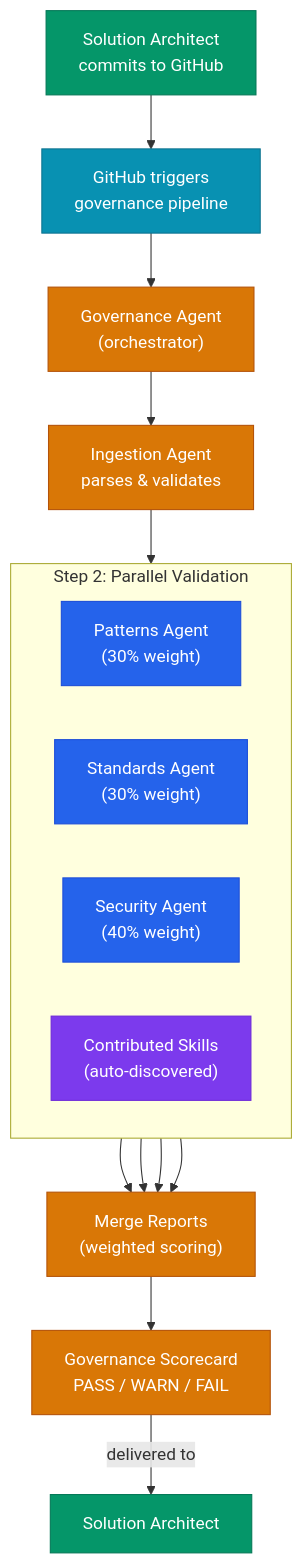
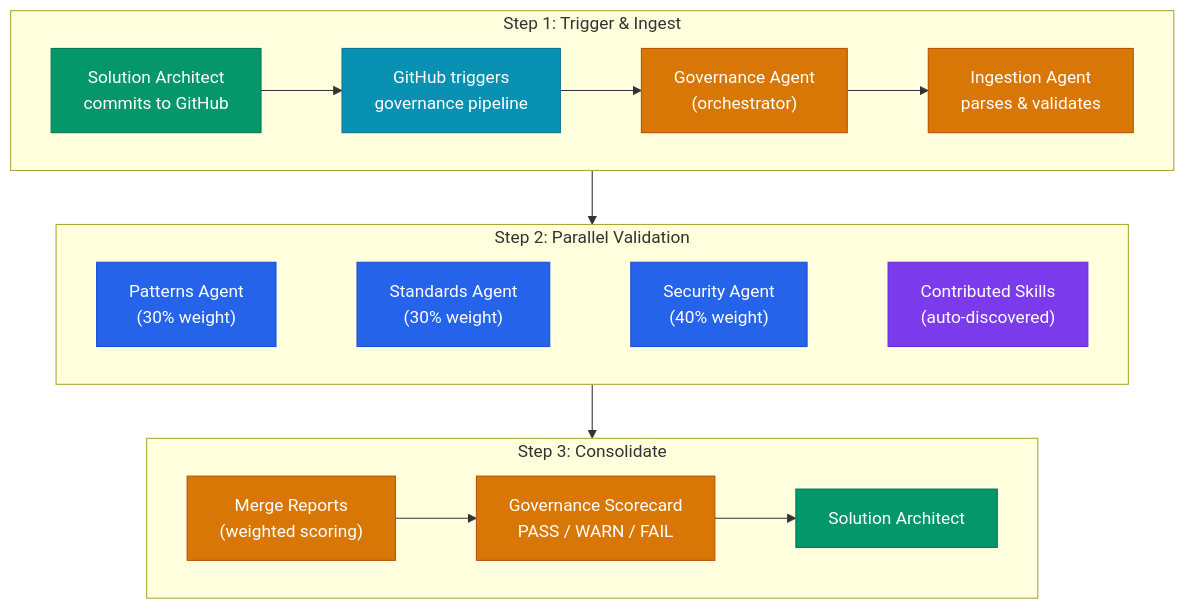
One commit to byrash/architecture-governance changed the fourth of 10 diagrams in docs/lifecycle.md. Above: the diagram before and after it, drawn with Mermaid. The commit also changed other lines of this file, not shown here.

````diff
--- a/docs/lifecycle.md
+++ b/docs/lifecycle.md
@@ -167,28 +164,25 @@
 ```mermaid
 flowchart TB
     classDef arch fill:#059669,color:#fff,stroke:#047857
     classDef infra fill:#0891B2,color:#fff,stroke:#0E7490
     classDef gov fill:#D97706,color:#fff,stroke:#B45309
     classDef agent fill:#2563EB,color:#fff,stroke:#1D4ED8
     classDef skill fill:#7C3AED,color:#fff,stroke:#6D28D9
 
-    A1["Solution Architect<br/>commits to GitHub"]:::arch
-    GH["GitHub triggers<br/>governance pipeline"]:::infra
-    GA["Governance Agent<br/>(orchestrator)"]:::gov
-    IA["Ingestion Agent<br/>parses & validates"]:::gov
+    subgraph trigger ["Step 1: Trigger & Ingest"]
+        direction LR
+        A1["Solution Architect<br/>commits to GitHub"]:::arch --> GH["GitHub triggers<br/>governance pipeline"]:::infra --> GA["Governance Agent<br/>(orchestrator)"]:::gov --> IA["Ingestion Agent<br/>parses & validates"]:::gov
+    end
 
     subgraph parallel ["Step 2: Parallel Validation"]
         direction LR
-        PA["Patterns Agent<br/>(30% weight)"]:::agent
-        SA["Standards Agent<br/>(30% weight)"]:::agent
-        SEA["Security Agent<br/>(40% weight)"]:::agent
-        SK["Contributed Skills<br/>(auto-discovered)"]:::skill
+        PA["Patterns Agent<br/>(30% weight)"]:::agent ~~~ SA["Standards Agent<br/>(30% weight)"]:::agent ~~~ SEA["Security Agent<br/>(40% weight)"]:::agent ~~~ SK["Contributed Skills<br/>(auto-discovered)"]:::skill
     end
 
-    MR["Merge Reports<br/>(weighted scoring)"]:::gov
-    SC["Governance Scorecard<br/>PASS / WARN / FAIL"]:::gov
+    subgraph consolidate ["Step 3: Consolidate"]
+        direction LR
+        MR["Merge Reports<br/>(weighted scoring)"]:::gov --> SC["Governance Scorecard<br/>PASS / WARN / FAIL"]:::gov --> A2["Solution Architect"]:::arch
+    end
 
-    A1 --> GH --> GA --> IA --> parallel
-    PA & SA & SEA & SK --> MR --> SC
-    SC -->|"delivered to"| A2["Solution Architect"]:::arch
+    trigger --> parallel --> consolidate
 ```
````
